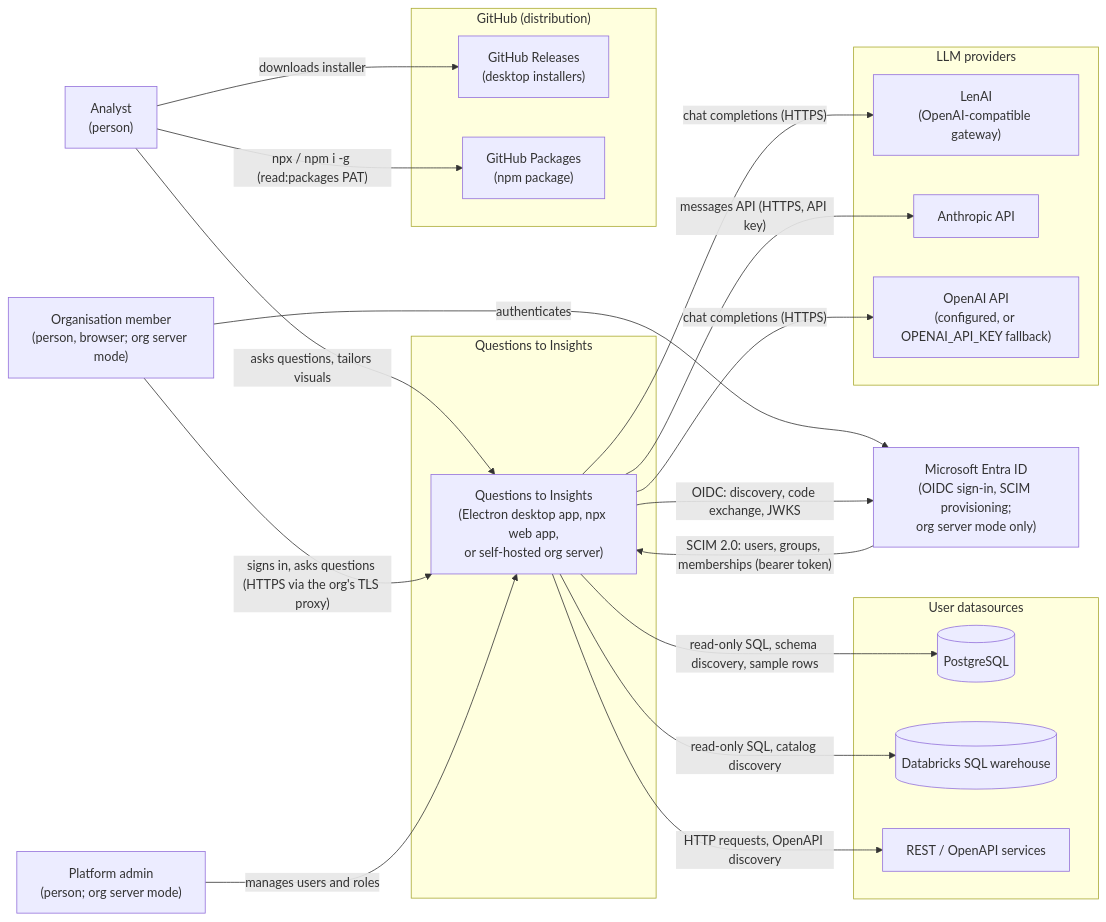
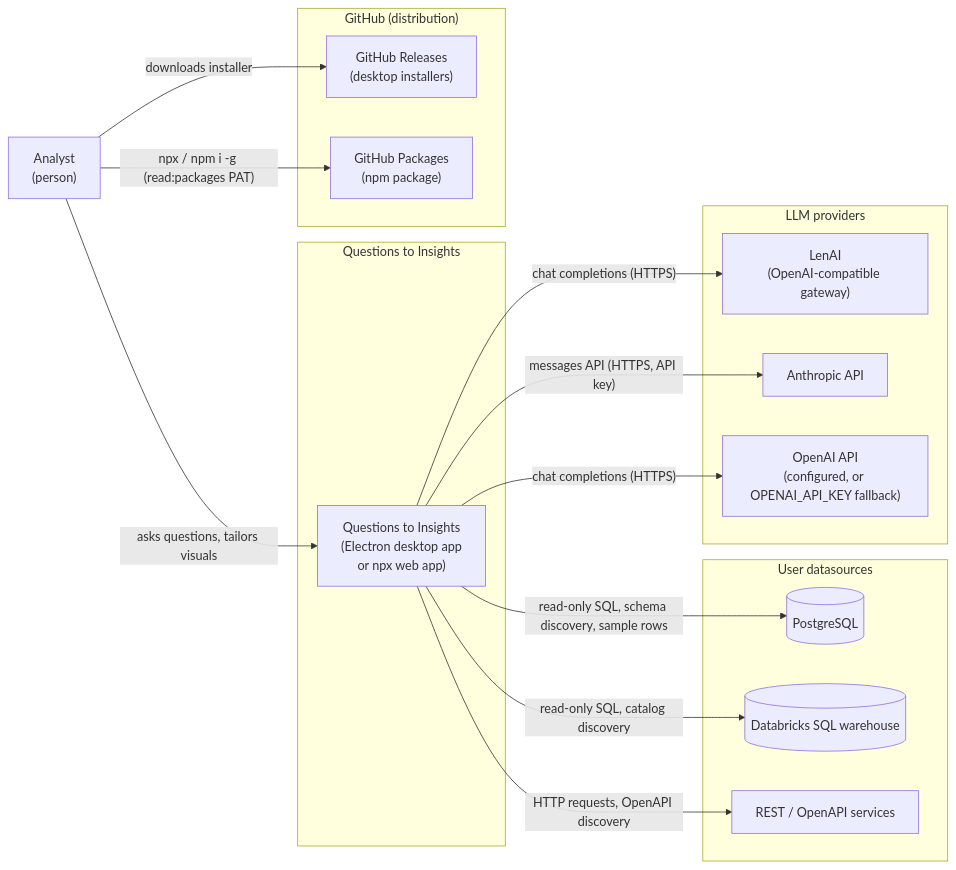
The first of 5 diagrams in specs/system/architecture.md (jhon-buendia-halo/bi-assistant), drawn with Mermaid before and after one commit. The commit also changed other lines of this file and 20 other files, not shown here.

First line of the commit message:
docs(BA-213): specs and roadmap for BA-229 to BA-232

````diff
--- a/specs/system/architecture.md
+++ b/specs/system/architecture.md
@@ -20,44 +20,35 @@
 ```mermaid
 flowchart LR
   analyst["Analyst<br/>(person)"]
-  member["Organisation member<br/>(person, browser; org server mode)"]
-  admin["Platform admin<br/>(person; org server mode)"]
 
   subgraph qti["Questions to Insights"]
-    system["Questions to Insights<br/>(Electron desktop app, npx web app,<br/>or self-hosted org server)"]
+    system["Questions to Insights<br/>(Electron desktop app<br/>or npx web app)"]
   end
-
-  idp["Microsoft Entra ID<br/>(OIDC sign-in, SCIM provisioning;<br/>org server mode only)"]
 
   subgraph sources["User datasources"]
     pg[("PostgreSQL")]
     dbx[("Databricks SQL warehouse")]
     rest["REST / OpenAPI services"]
   end
 
   subgraph llms["LLM providers"]
     lenai["LenAI<br/>(OpenAI-compatible gateway)"]
     anthropic["Anthropic API"]
     openai["OpenAI API<br/>(configured, or OPENAI_API_KEY fallback)"]
   end
 
   subgraph gh["GitHub (distribution)"]
     releases["GitHub Releases<br/>(desktop installers)"]
     packages["GitHub Packages<br/>(npm package)"]
   end
 
   analyst -->|"asks questions, tailors visuals"| system
-  member -->|"signs in, asks questions (HTTPS via the org's TLS proxy)"| system
-  admin -->|"manages users and roles"| system
-  member -->|"authenticates"| idp
-  system -->|"OIDC: discovery, code exchange, JWKS"| idp
-  idp -->|"SCIM 2.0: users, groups, memberships (bearer token)"| system
   analyst -->|"downloads installer"| releases
   analyst -->|"npx / npm i -g (read:packages PAT)"| packages
   system -->|"read-only SQL, schema discovery, sample rows"| pg
   system -->|"read-only SQL, catalog discovery"| dbx
   system -->|"HTTP requests, OpenAPI discovery"| rest
   system -->|"chat completions (HTTPS)"| lenai
   system -->|"messages API (HTTPS, API key)"| anthropic
   system -->|"chat completions (HTTPS)"| openai
 ```
````
